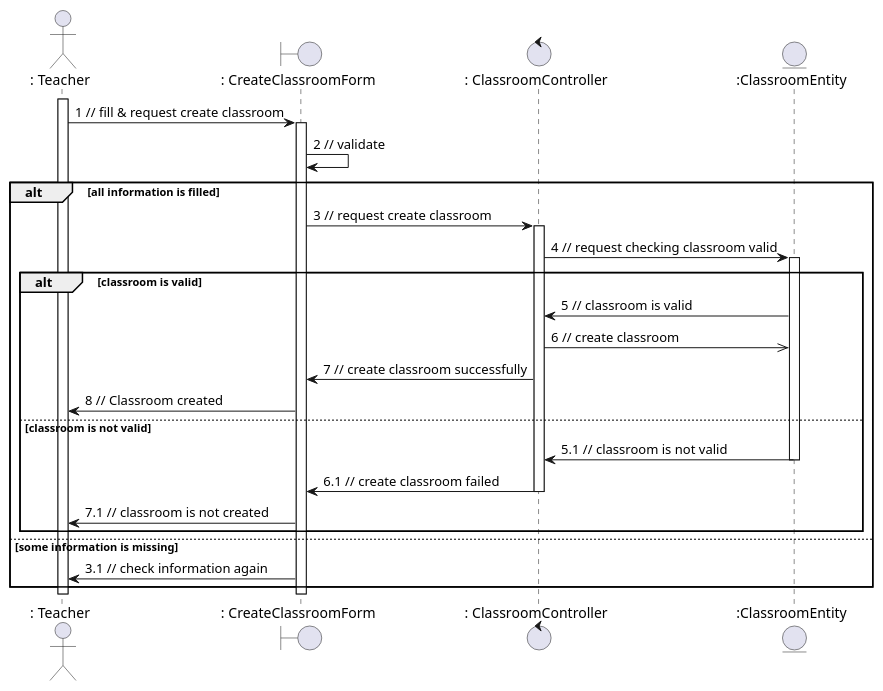
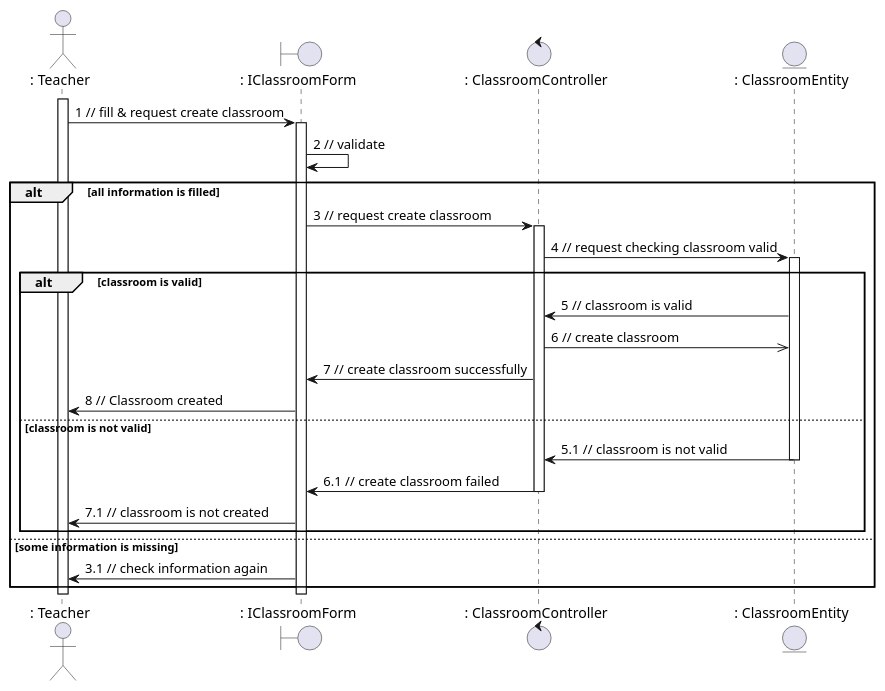
The diagram in sequence - analaysis/classroom/createClass.plantuml (anonyhostvn/OOAD-Diagram), drawn with PlantUML before and after one commit. The commit also changed 13 other files, not shown here.

```diff
--- a/sequence - analaysis/classroom/createClass.plantuml
+++ b/sequence - analaysis/classroom/createClass.plantuml
@@ -1,36 +1,36 @@
 @startuml createClass
 
 actor ": Teacher"
-boundary ": CreateClassroomForm"
+boundary ": IClassroomForm"
 control ": ClassroomController"
-entity ":ClassroomEntity"
+entity ": ClassroomEntity"
 
 activate ": Teacher"
-": Teacher" -> ": CreateClassroomForm": 1 // fill & request create classroom
-activate ": CreateClassroomForm"
-": CreateClassroomForm" -> ": CreateClassroomForm": 2 // validate
+": Teacher" -> ": IClassroomForm": 1 // fill & request create classroom
+activate ": IClassroomForm"
+": IClassroomForm" -> ": IClassroomForm": 2 // validate
 alt all information is filled
-    ": CreateClassroomForm" -> ": ClassroomController": 3 // request create classroom
+    ": IClassroomForm" -> ": ClassroomController": 3 // request create classroom
     activate ": ClassroomController"
-    ": ClassroomController" -> ":ClassroomEntity": 4 // request checking classroom valid
-    activate ":ClassroomEntity"
+    ": ClassroomController" -> ": ClassroomEntity": 4 // request checking classroom valid
+    activate ": ClassroomEntity"
     alt classroom is valid
-        ":ClassroomEntity" -> ": ClassroomController": 5 // classroom is valid
-        ": ClassroomController" ->> ":ClassroomEntity": 6 // create classroom
-        ": ClassroomController" -> ": CreateClassroomForm": 7 // create classroom successfully
-        ": CreateClassroomForm" -> ": Teacher": 8 // Classroom created
+        ": ClassroomEntity" -> ": ClassroomController": 5 // classroom is valid
+        ": ClassroomController" ->> ": ClassroomEntity": 6 // create classroom
+        ": ClassroomController" -> ": IClassroomForm": 7 // create classroom successfully
+        ": IClassroomForm" -> ": Teacher": 8 // Classroom created
     else classroom is not valid
-        ":ClassroomEntity" -> ": ClassroomController": 5.1 // classroom is not valid
-        deactivate ":ClassroomEntity"
-        ": ClassroomController" -> ": CreateClassroomForm": 6.1 // create classroom failed
+        ": ClassroomEntity" -> ": ClassroomController": 5.1 // classroom is not valid
+        deactivate ": ClassroomEntity"
+        ": ClassroomController" -> ": IClassroomForm": 6.1 // create classroom failed
         deactivate ": ClassroomController"
-        ": CreateClassroomForm" -> ": Teacher": 7.1 // classroom is not created
+        ": IClassroomForm" -> ": Teacher": 7.1 // classroom is not created
     end
 else some information is missing
-    ": CreateClassroomForm" -> ": Teacher": 3.1 // check information again
+    ": IClassroomForm" -> ": Teacher": 3.1 // check information again
 end
 
-deactivate ": CreateClassroomForm"
+deactivate ": IClassroomForm"
 deactivate ": Teacher"
 
 @enduml
```
